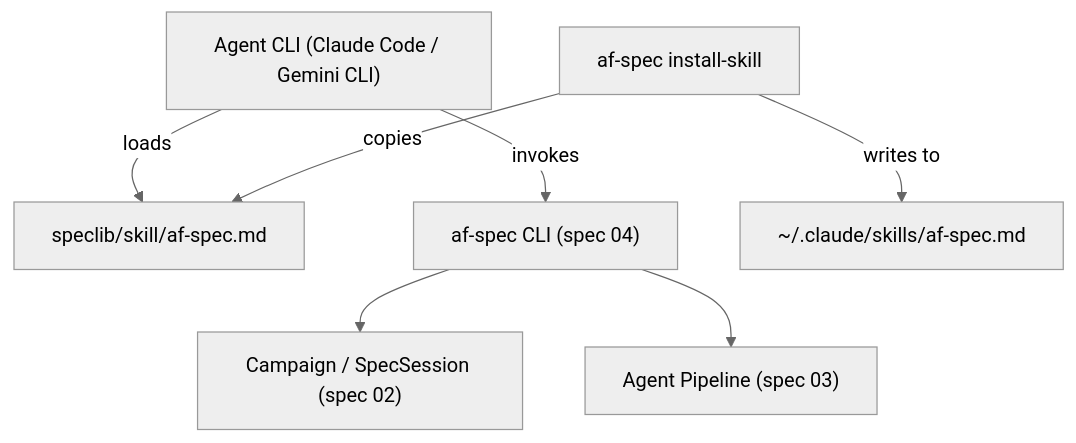
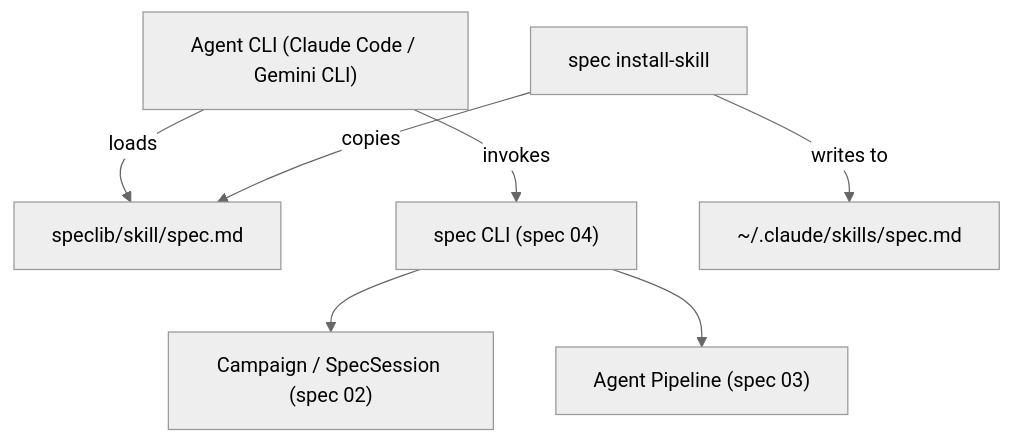
The diagram in .agent-fox/specs/05_spec_skill/design.md (agent-fox-dev/af-core), drawn with Mermaid (neutral theme) before and after one commit. The commit also changed other lines of this file and 46 other files, not shown here.

First line of the commit message:
refactor: rename af-spec CLI references to spec and update workspace to af-core

````diff
--- a/.agent-fox/specs/05_spec_skill/design.md
+++ b/.agent-fox/specs/05_spec_skill/design.md
@@ -14,9 +14,9 @@
 ```mermaid
 graph TD
-    AGENT["Agent CLI (Claude Code / Gemini CLI)"] -->|loads| SKILL["speclib/skill/af-spec.md"]
-    AGENT -->|invokes| CLI["af-spec CLI (spec 04)"]
+    AGENT["Agent CLI (Claude Code / Gemini CLI)"] -->|loads| SKILL["speclib/skill/spec.md"]
+    AGENT -->|invokes| CLI["spec CLI (spec 04)"]
     CLI --> CAMP["Campaign / SpecSession (spec 02)"]
     CLI --> PIPE["Agent Pipeline (spec 03)"]
-    INSTALL["af-spec install-skill"] -->|copies| SKILL
-    INSTALL -->|writes to| TARGET["~/.claude/skills/af-spec.md"]
+    INSTALL["spec install-skill"] -->|copies| SKILL
+    INSTALL -->|writes to| TARGET["~/.claude/skills/spec.md"]
 ```
````
